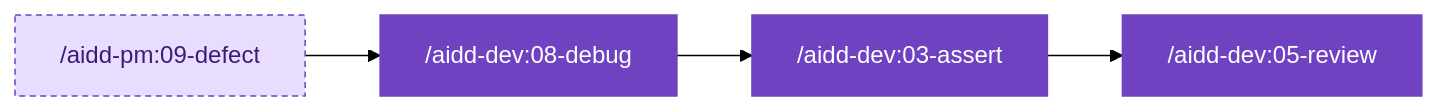
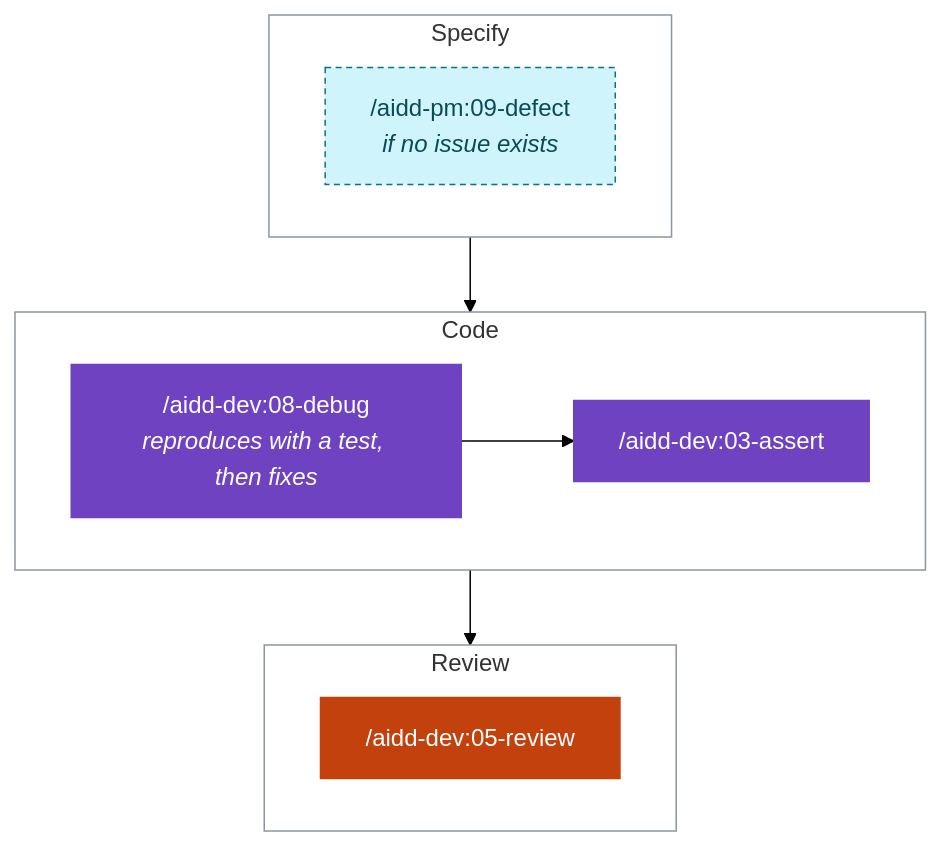
One commit to ai-driven-dev/framework changed the third of 9 diagrams in docs/GUIDES.md. Above: the diagram before and after it, drawn with Mermaid (forest theme). The commit also changed other lines of this file and 18 other files, not shown here.

First line of the commit message:
docs: show the human in the loop and trim every document to tables and diagrams

````diff
--- a/docs/GUIDES.md
+++ b/docs/GUIDES.md
@@ -45,8 +81,30 @@
 ```mermaid
-flowchart LR
-  n0["/aidd-pm:09-defect"] --> n1["/aidd-dev:08-debug"] --> n2["/aidd-dev:03-assert"] --> n3["/aidd-dev:05-review"]
-  classDef step fill:#6f42c1,stroke:#6f42c1,color:#fff
-  classDef opt fill:#e9ddff,stroke:#6f42c1,stroke-dasharray:4 3,color:#3b1d78
-  class n1,n2,n3 step
-  class n0 opt
+flowchart TD
+  subgraph z0["Specify"]
+    direction LR
+    n0["/aidd-pm:09-defect<br/><i>if no issue exists</i>"]
+  end
+  subgraph z1["Code"]
+    direction LR
+    n1["/aidd-dev:08-debug<br/><i>reproduces with a test, then fixes</i>"] --> n2["/aidd-dev:03-assert"]
+  end
+  subgraph z2["Review"]
+    direction LR
+    n3["/aidd-dev:05-review"]
+  end
+  z0 --> z1 --> z2
+  classDef spec fill:#0b7285,stroke:#0b7285,color:#fff
+  classDef specOpt fill:#cff4fc,stroke:#0b7285,stroke-dasharray:4 3,color:#0b4a57
+  classDef code fill:#6f42c1,stroke:#6f42c1,color:#fff
+  classDef codeOpt fill:#e9ddff,stroke:#6f42c1,stroke-dasharray:4 3,color:#3b1d78
+  classDef ship fill:#c2410c,stroke:#c2410c,color:#fff
+  classDef shipOpt fill:#ffe1d1,stroke:#c2410c,stroke-dasharray:4 3,color:#7a2606
+  classDef plain fill:#0969da,stroke:#0969da,color:#fff
+  classDef plainOpt fill:#ddf4ff,stroke:#0969da,stroke-dasharray:4 3,color:#0a3069
+  class n0 specOpt
+  class n1,n2 code
+  class n3 ship
+  style z0 fill:none,stroke:#8c959f
+  style z1 fill:none,stroke:#8c959f
+  style z2 fill:none,stroke:#8c959f
 ```
````
